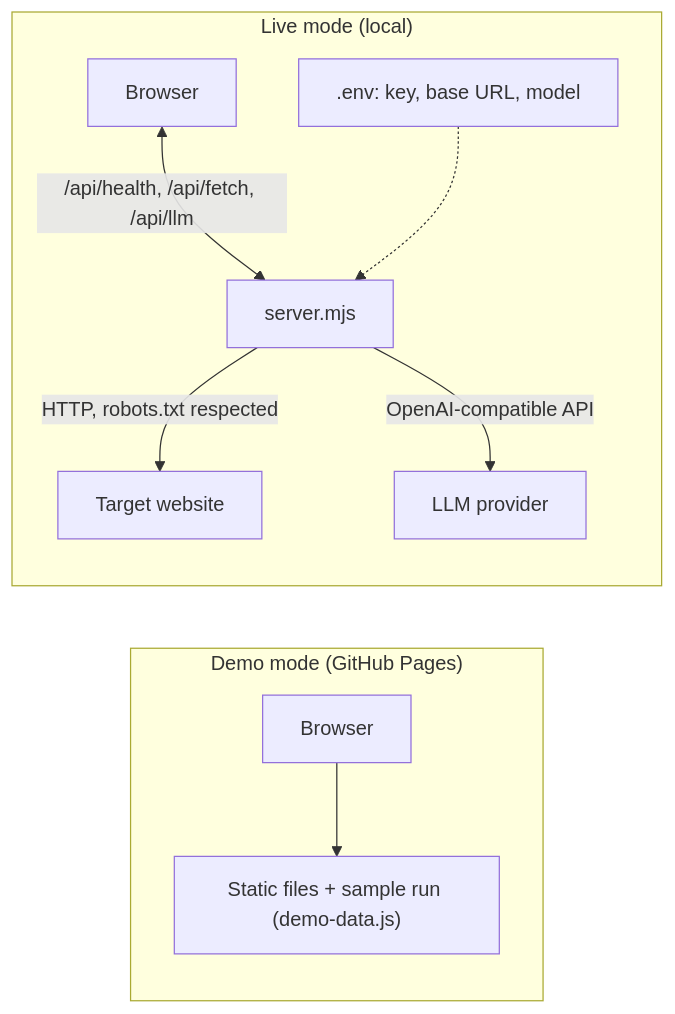
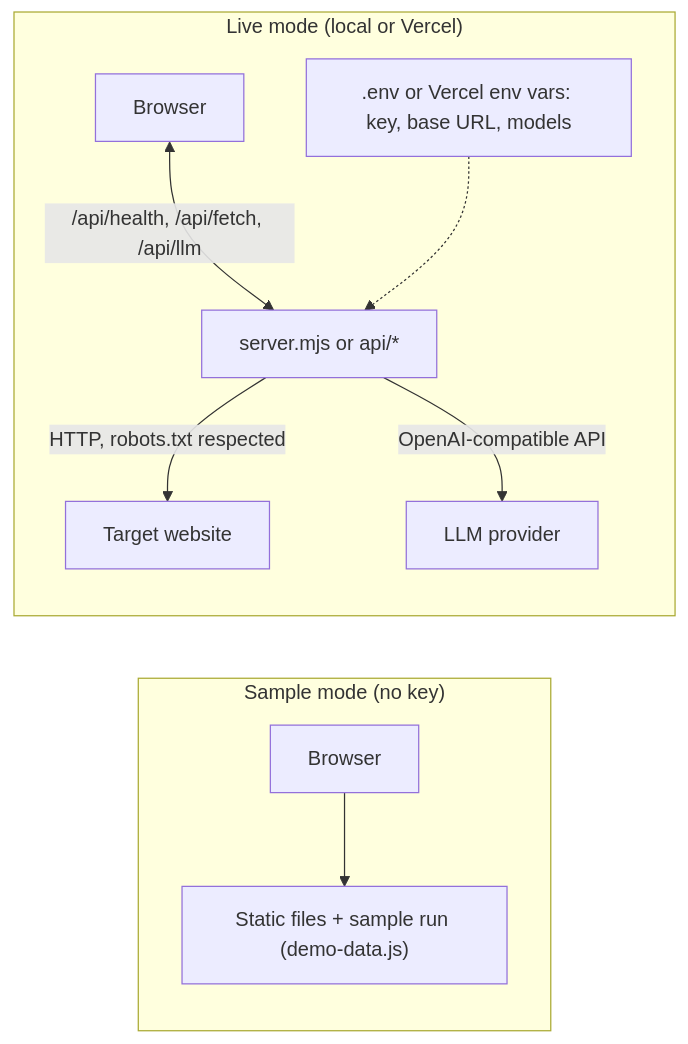
Before and after one commit to longlivedong/glossa: the second of 3 diagrams in docs/architecture.md, drawn with Mermaid. The commit also changed other lines of this file and 38 other files, not shown here.

````diff
--- a/docs/architecture.md
+++ b/docs/architecture.md
@@ -32,12 +32,12 @@
 ```mermaid
 flowchart LR
-  subgraph Demo["Demo mode (GitHub Pages)"]
+  subgraph Demo["Sample mode (no key)"]
     B1["Browser"] --> S1["Static files + sample run (demo-data.js)"]
   end
-  subgraph Live["Live mode (local)"]
-    B2["Browser"] <-->|"/api/health, /api/fetch, /api/llm"| SV["server.mjs"]
+  subgraph Live["Live mode (local or Vercel)"]
+    B2["Browser"] <-->|"/api/health, /api/fetch, /api/llm"| SV["server.mjs or api/*"]
     SV -->|"HTTP, robots.txt respected"| W["Target website"]
     SV -->|"OpenAI-compatible API"| L["LLM provider"]
-    ENV[".env: key, base URL, model"] -.-> SV
+    ENV[".env or Vercel env vars: key, base URL, models"] -.-> SV
   end
 ```
````
